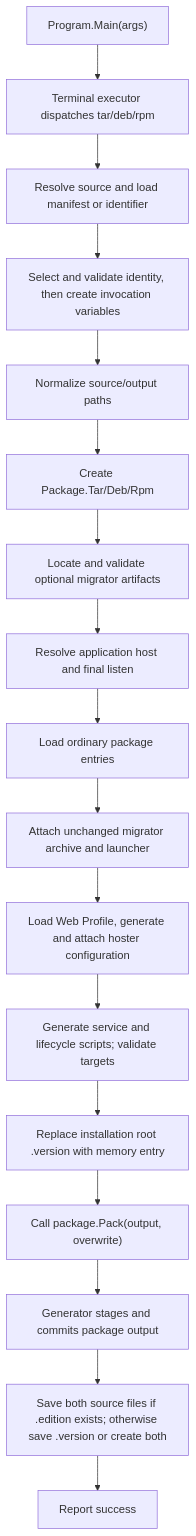
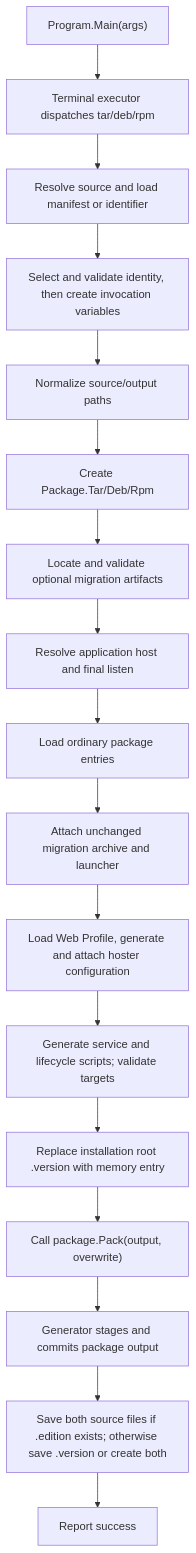
The diagram in packager/docs/implementation.md (Zongsoft/tools), drawn with Mermaid before and after one commit. The commit also changed other lines of this file and 22 other files, not shown here.

Commit message:
修改打包工具的 `migrator` 命令选项名为 `migration`。 🍉

````diff
--- a/packager/docs/implementation.md
+++ b/packager/docs/implementation.md
@@ -70,19 +70,19 @@
 ```mermaid
 flowchart TD
     A["Program.Main(args)"] --> B["Terminal executor dispatches tar/deb/rpm"]
     B --> C["Resolve source and load manifest or identifier"]
     C --> D["Select and validate identity, then create invocation variables"]
     D --> E["Normalize source/output paths"]
     E --> F["Create Package.Tar/Deb/Rpm"]
-    F --> M["Locate and validate optional migrator artifacts"]
+    F --> M["Locate and validate optional migration artifacts"]
     M --> G["Resolve application host and final listen"]
     G --> H["Load ordinary package entries"]
-    H --> N["Attach unchanged migrator archive and launcher"]
+    H --> N["Attach unchanged migration archive and launcher"]
     N --> W["Load Web Profile, generate and attach hoster configuration"]
     W --> L["Generate service and lifecycle scripts; validate targets"]
     L --> V["Replace installation root .version with memory entry"]
     V --> I["Call package.Pack(output, overwrite)"]
     I --> J["Generator stages and commits package output"]
     J --> S["Save both source files if .edition exists; otherwise save .version or create both"]
     S --> OK["Report success"]
 ```
````
